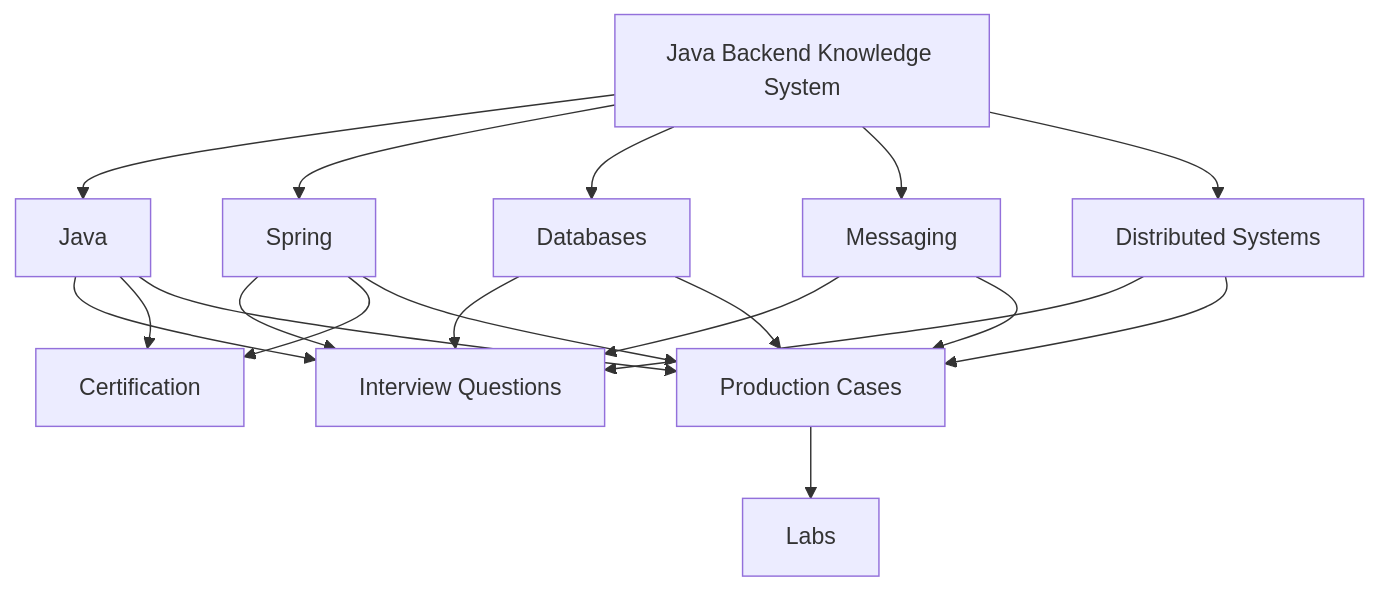
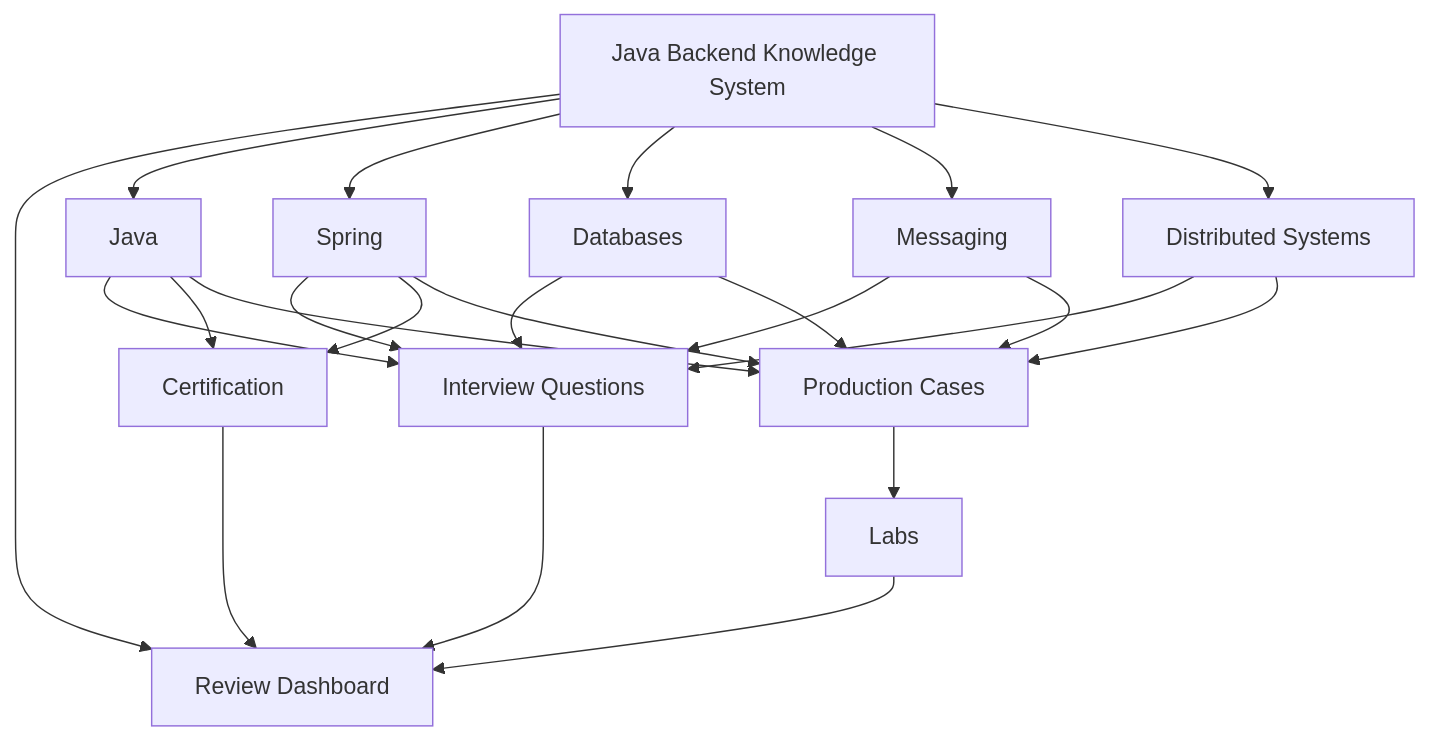
One commit to alimbetov/obsidian changed the first of 3 diagrams in 00_HOME/Java Backend Knowledge System.md. Above: the diagram before and after it, drawn with Mermaid. The commit also changed other lines of this file, not shown here.

Commit message:
Add review dashboard and Spring CORE-B02 route

````diff
--- a/00_HOME/Java Backend Knowledge System.md
+++ b/00_HOME/Java Backend Knowledge System.md
@@ -16,27 +23,31 @@
 ```mermaid
 flowchart TD
     HOME[Java Backend Knowledge System]
 
+    HOME --> REVIEW[Review Dashboard]
     HOME --> JAVA[Java]
     HOME --> SPRING[Spring]
     HOME --> DB[Databases]
     HOME --> MSG[Messaging]
     HOME --> DS[Distributed Systems]
 
     JAVA --> IQ[Interview Questions]
     SPRING --> IQ
     DB --> IQ
     MSG --> IQ
     DS --> IQ
 
     JAVA --> CERT[Certification]
     SPRING --> CERT
 
     JAVA --> CASES[Production Cases]
     SPRING --> CASES
     DB --> CASES
     MSG --> CASES
     DS --> CASES
 
     CASES --> LABS[Labs]
+    IQ --> REVIEW
+    CERT --> REVIEW
+    LABS --> REVIEW
 ```
````
